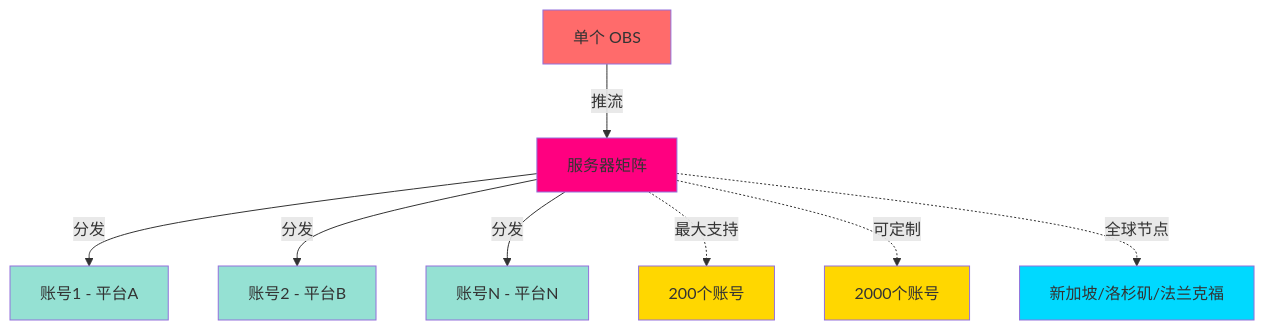
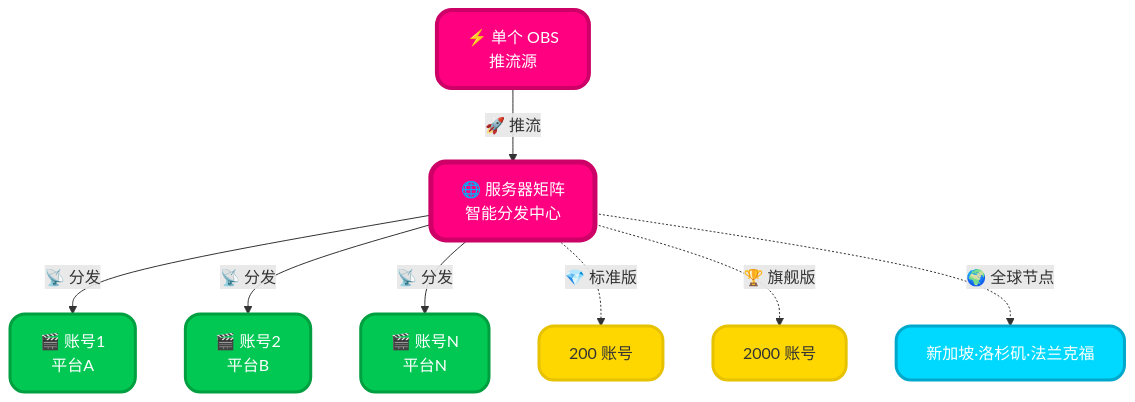
One commit to biefan/kazerelay changed the third of 3 diagrams in README.md. Above: the diagram before and after it, drawn with Mermaid. The commit also changed other lines of this file, not shown here.

````diff
--- a/README.md
+++ b/README.md
@@ -361,18 +522,19 @@
 ```mermaid
 graph TB
-    A[单个 OBS] -->|推流| B[服务器矩阵]
-    B -->|分发| C1[账号1 - 平台A]
-    B -->|分发| C2[账号2 - 平台B]
-    B -->|分发| C3[账号N - 平台N]
-    B -.->|最大支持| D[200个账号]
-    B -.->|可定制| E[2000个账号]
-    B -.->|全球节点| F[新加坡/洛杉矶/法兰克福]
-    style A fill:#FF6B6B
-    style B fill:#FF0080
-    style C1 fill:#95E1D3
-    style C2 fill:#95E1D3
-    style C3 fill:#95E1D3
-    style D fill:#FFD700
-    style E fill:#FFD700
-    style F fill:#00D9FF
+    A["⚡ 单个 OBS<br/>推流源"] -->|"🚀 推流"| B["🌐 服务器矩阵<br/>智能分发中心"]
+    B -->|"📡 分发"| C1["🎬 账号1<br/>平台A"]
+    B -->|"📡 分发"| C2["🎬 账号2<br/>平台B"]
+    B -->|"📡 分发"| C3["🎬 账号N<br/>平台N"]
+    B -.->|"💎 标准版"| D["200 账号"]
+    B -.->|"🏆 旗舰版"| E["2000 账号"]
+    B -.->|"🌍 全球节点"| F["新加坡·洛杉矶·法兰克福"]
+    
+    style A fill:#FF0080,stroke:#CC0066,stroke-width:4px,color:#fff,rx:15,ry:15
+    style B fill:#FF0080,stroke:#CC0066,stroke-width:5px,color:#fff,rx:15,ry:15
+    style C1 fill:#00C853,stroke:#00A040,stroke-width:3px,color:#fff,rx:15,ry:15
+    style C2 fill:#00C853,stroke:#00A040,stroke-width:3px,color:#fff,rx:15,ry:15
+    style C3 fill:#00C853,stroke:#00A040,stroke-width:3px,color:#fff,rx:15,ry:15
+    style D fill:#FFD700,stroke:#E6C200,stroke-width:3px,color:#333,rx:15,ry:15
+    style E fill:#FFD700,stroke:#E6C200,stroke-width:3px,color:#333,rx:15,ry:15
+    style F fill:#00D9FF,stroke:#00A8CC,stroke-width:3px,color:#fff,rx:15,ry:15
 ```
````
